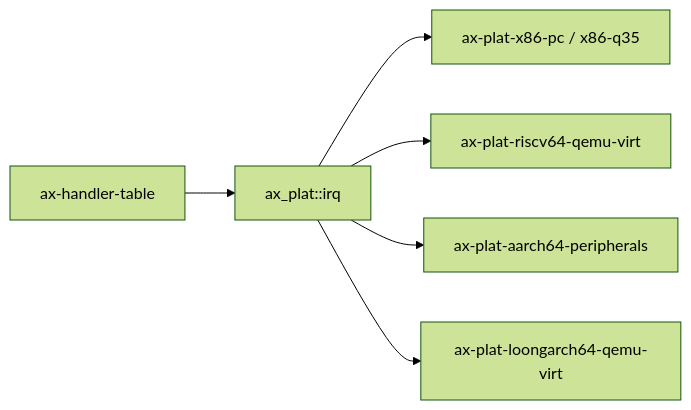
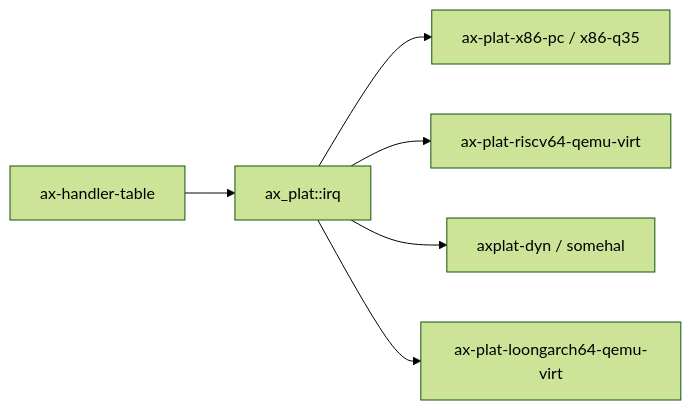
Before and after one commit to rcore-os/tgoskits: the second of 2 diagrams in docs/docs/components/crates/ax-handler-table.md, drawn with Mermaid (forest theme). The commit also changed 151 other files, not shown here.

````diff
--- a/docs/docs/components/crates/ax-handler-table.md
+++ b/docs/docs/components/crates/ax-handler-table.md
@@ -66,8 +66,8 @@
 ```mermaid
 graph LR
     ax_handler_table["ax-handler-table"] --> axplat["ax_plat::irq"]
     axplat --> x86["ax-plat-x86-pc / x86-q35"]
     axplat --> riscv["ax-plat-riscv64-qemu-virt"]
-    axplat --> aarch64["ax-plat-aarch64-peripherals"]
+    axplat --> aarch64["axplat-dyn / somehal"]
     axplat --> loongarch["ax-plat-loongarch64-qemu-virt"]
 ```
````
